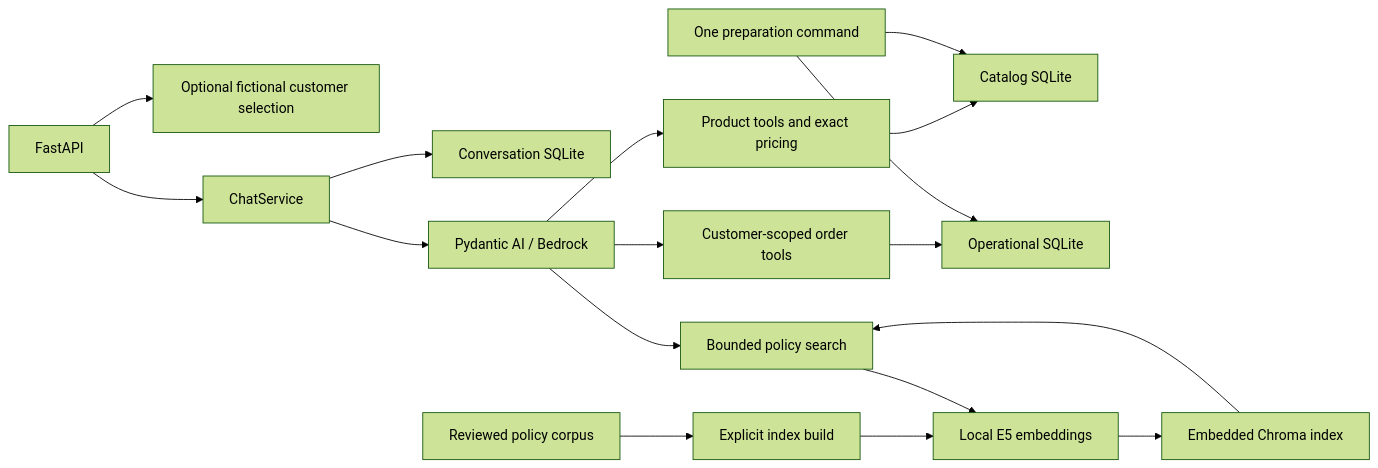
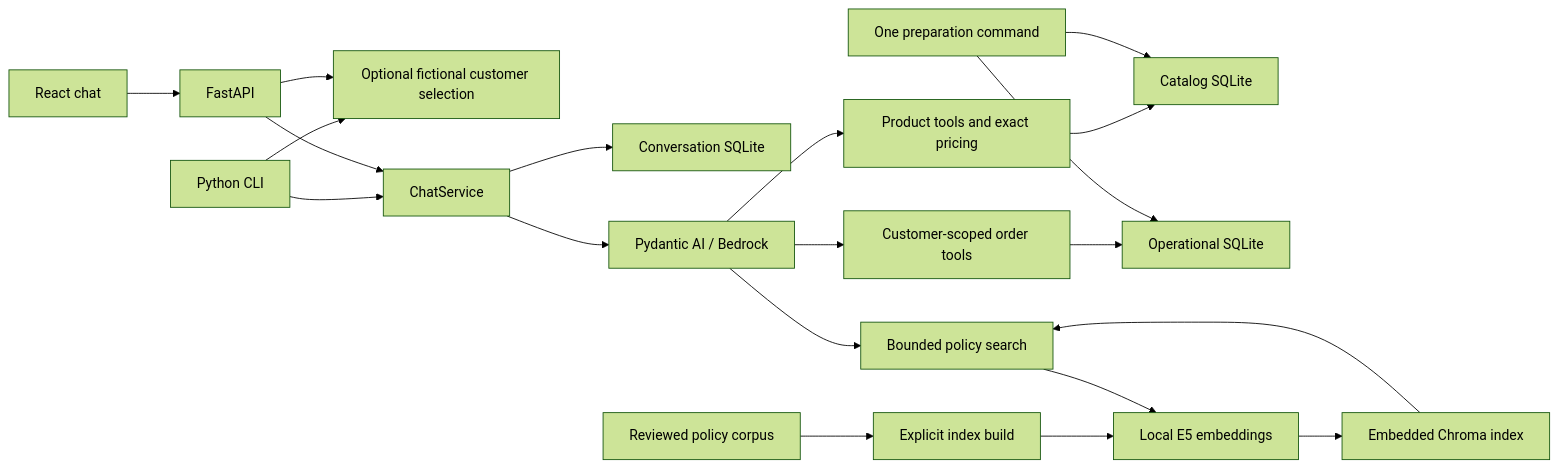
Before and after one commit to rafaself/atf-ai-engineer-challenge: the diagram in docs/architecture.md, drawn with Mermaid (forest theme). The commit also changed other lines of this file and 7 other files, not shown here.

````diff
--- a/docs/architecture.md
+++ b/docs/architecture.md
@@ -9,19 +10,22 @@
 ```mermaid
 flowchart LR
+    React[React chat] --> HTTP
+    CLI[Python CLI] --> Selection
+    CLI --> Chat
     HTTP[FastAPI] --> Selection[Optional fictional customer selection]
     HTTP --> Chat[ChatService]
     Chat --> History[Conversation SQLite]
     Chat --> Agent[Pydantic AI / Bedrock]
     Agent --> Products[Product tools and exact pricing]
     Agent --> Orders[Customer-scoped order tools]
     Agent --> Policy[Bounded policy search]
     Products --> Catalog[Catalog SQLite]
     Orders --> Operations[Operational SQLite]
     Corpus[Reviewed policy corpus] --> IndexBuild[Explicit index build]
     IndexBuild --> E5[Local E5 embeddings]
     Policy --> E5
     E5 --> Chroma[Embedded Chroma index]
     Chroma --> Policy
     Prepare[One preparation command] --> Catalog
     Prepare --> Operations
 ```
````
